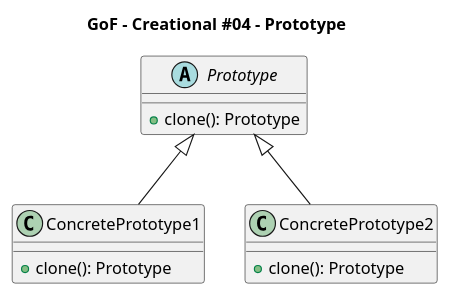
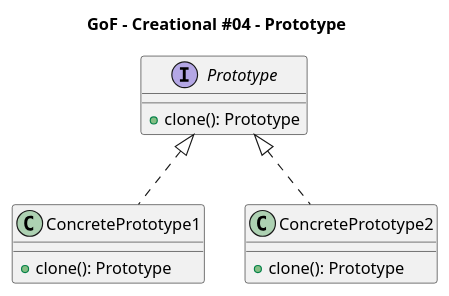
Before and after one commit to Takayoshi-Matsuyama/design_patterns: the diagram in GoF/GoF_gen04_prototype.puml, drawn with PlantUML. The commit also changed 12 other files, not shown here.

Commit message:
GoF - abstract class --> interface

```diff
--- a/GoF/GoF_gen04_prototype.puml
+++ b/GoF/GoF_gen04_prototype.puml
@@ -1,20 +1,20 @@
 @startuml gof_prototype
 
 title GoF - Creational #04 - Prototype
 
-abstract class Prototype {
+interface Prototype {
     +clone(): Prototype
 }
 
 class ConcretePrototype1 {
     +clone(): Prototype
 }
 
 class ConcretePrototype2 {
     +clone(): Prototype
 }
 
-Prototype <|-- ConcretePrototype1
-Prototype <|-- ConcretePrototype2
+Prototype <|.. ConcretePrototype1
+Prototype <|.. ConcretePrototype2
 
 @enduml
```
